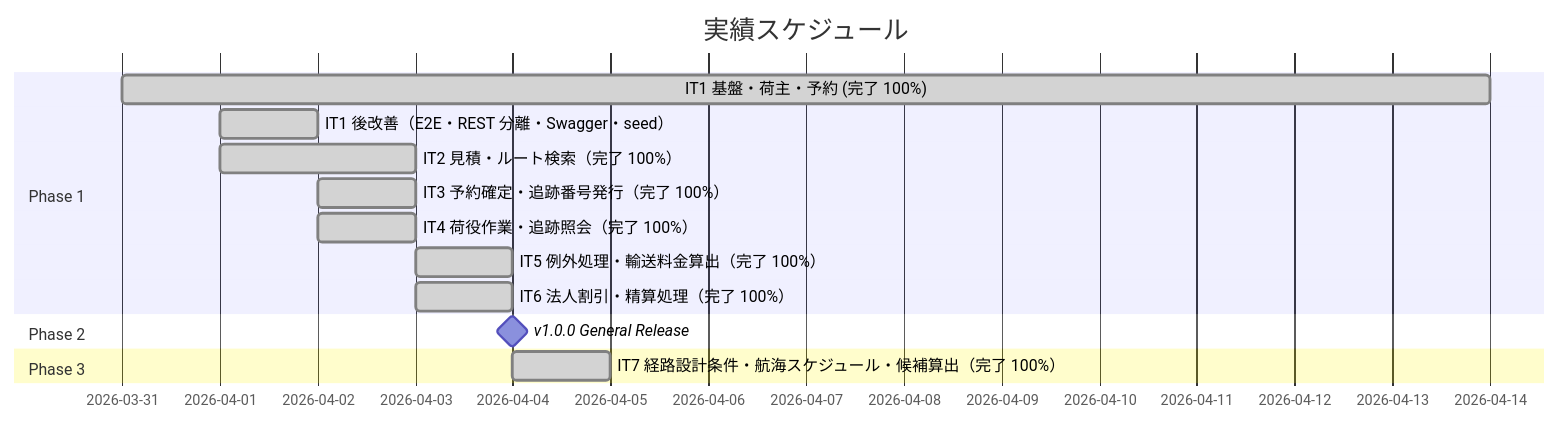
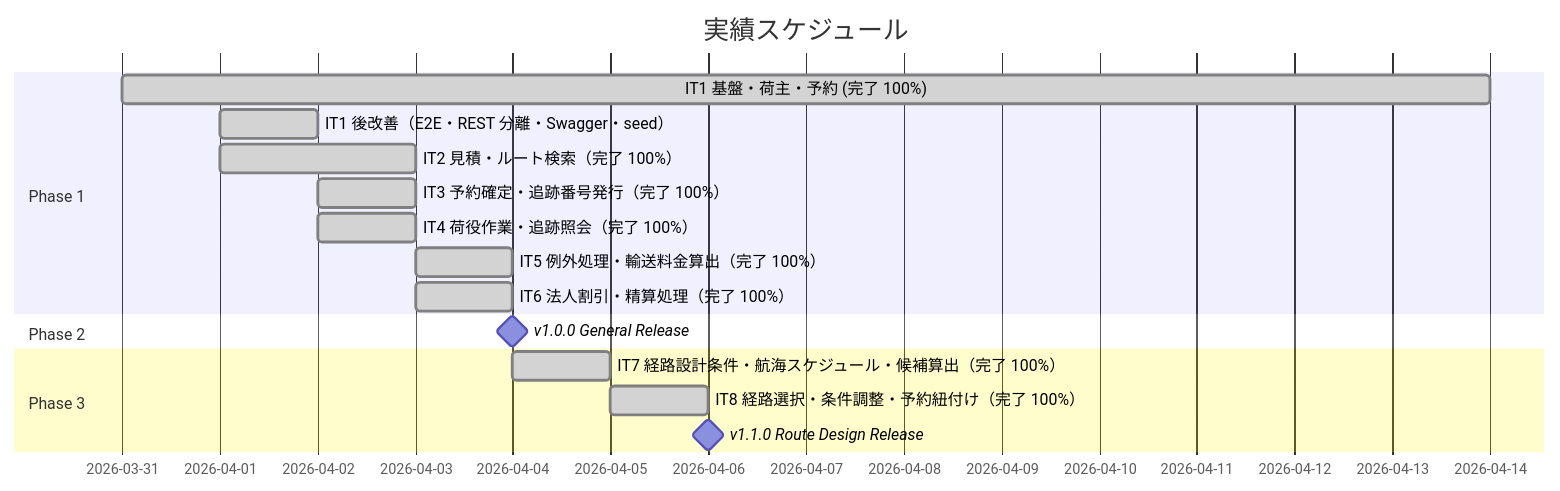
The second of 3 diagrams in docs/development/release_plan.md (k2works/case-study-cargo-tracker), drawn with Mermaid before and after one commit. The commit also changed other lines of this file and 6 other files, not shown here.

````diff
--- a/docs/development/release_plan.md
+++ b/docs/development/release_plan.md
@@ -181,17 +181,19 @@
 ```mermaid
 gantt
     title 実績スケジュール
     dateFormat  YYYY-MM-DD
     section Phase 1
     IT1 基盤・荷主・予約 (完了 100%)   :done, it1a, 2026-03-31, 14d
     IT1 後改善（E2E・REST 分離・Swagger・seed） :done, it1b, 2026-04-01, 1d
     IT2 見積・ルート検索（完了 100%）            :done, it2a, 2026-04-01, 2d
     IT3 予約確定・追跡番号発行（完了 100%）      :done, it3a, 2026-04-02, 1d
     IT4 荷役作業・追跡照会（完了 100%）              :done, it4a, 2026-04-02, 1d
     IT5 例外処理・輸送料金算出（完了 100%）          :done, it5a, 2026-04-03, 1d
     IT6 法人割引・精算処理（完了 100%）              :done, it6a, 2026-04-03, 1d
     section Phase 2
     v1.0.0 General Release                           :milestone, m2, after it6a, 0d
     section Phase 3
     IT7 経路設計条件・航海スケジュール・候補算出（完了 100%） :done, it7a, 2026-04-04, 1d
+    IT8 経路選択・条件調整・予約紐付け（完了 100%）           :done, it8a, 2026-04-05, 1d
+    v1.1.0 Route Design Release                               :milestone, m3, after it8a, 0d
 ```
````
